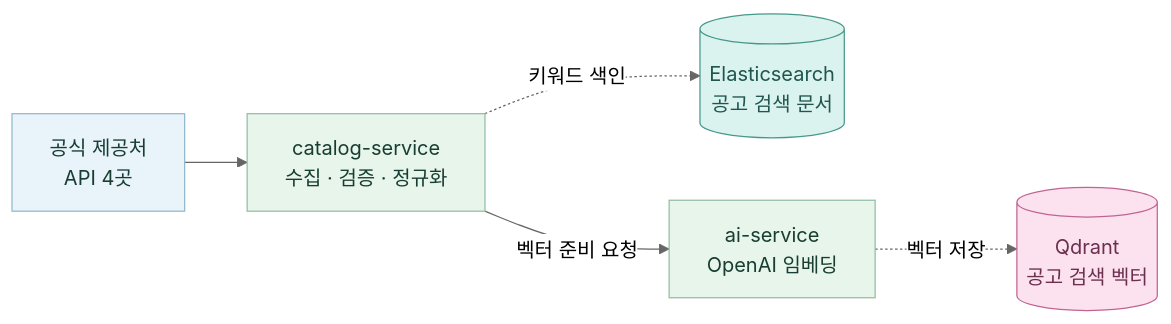
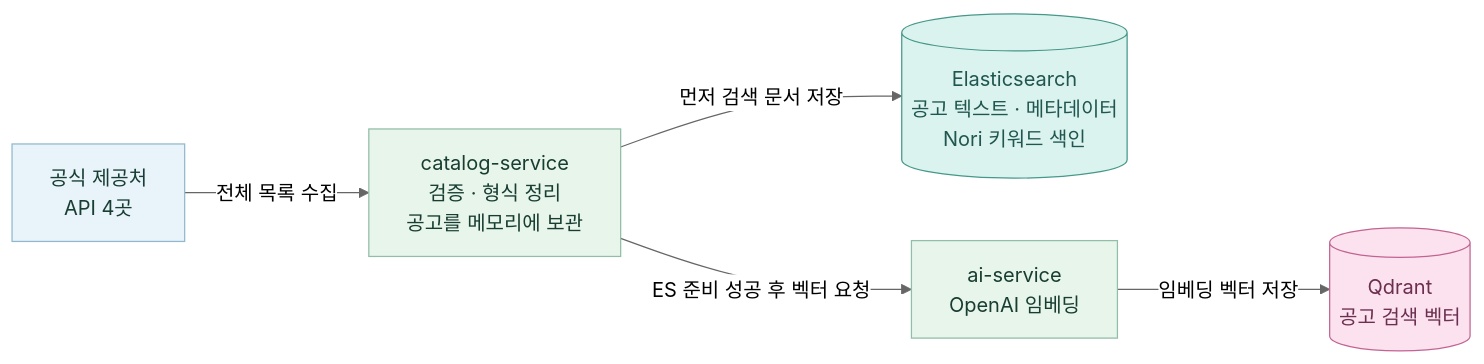
The ninth of 26 diagrams in README.md (20220348-kim/SKN34-4th-1Team), drawn with Mermaid (neutral theme) before and after one commit. The commit also changed other lines of this file and 56 other files, not shown here.

````diff
--- a/README.md
+++ b/README.md
@@ -630,15 +638,15 @@
 ```mermaid
 flowchart LR
-    Source["공식 제공처<br/>API 4곳"] --> Catalog["catalog-service<br/>수집 · 검증 · 정규화"]
-    Catalog -. 키워드 색인 .-> Elastic[("Elasticsearch<br/>공고 검색 문서")]
-    Catalog -->|벡터 준비 요청| AI["ai-service<br/>OpenAI 임베딩"]
-    AI -. 벡터 저장 .-> Qdrant[("Qdrant<br/>공고 검색 벡터")]
+    Source["공식 제공처<br/>API 4곳"] -->|전체 목록 수집| Catalog["catalog-service<br/>검증 · 형식 정리<br/>공고를 메모리에 보관"]
+    Catalog -->|먼저 검색 문서 저장| Elastic[("Elasticsearch<br/>공고 텍스트 · 메타데이터<br/>Nori 키워드 색인")]
+    Catalog -->|ES 준비 성공 후 벡터 요청| AI["ai-service<br/>OpenAI 임베딩"]
+    AI -->|임베딩 벡터 저장| Qdrant[("Qdrant<br/>공고 검색 벡터")]
     classDef client fill:#e8f3fa,stroke:#91b9cd,color:#183d32
     classDef service fill:#e7f5eb,stroke:#92bda6,color:#183d32
     classDef vectorDb fill:#fce2ef,stroke:#c26493,color:#6b2f50
     classDef searchIndex fill:#dbf3ef,stroke:#46988a,color:#20564f
     class Source client
     class Catalog,AI service
     class Qdrant vectorDb
     class Elastic searchIndex
 ```
````
